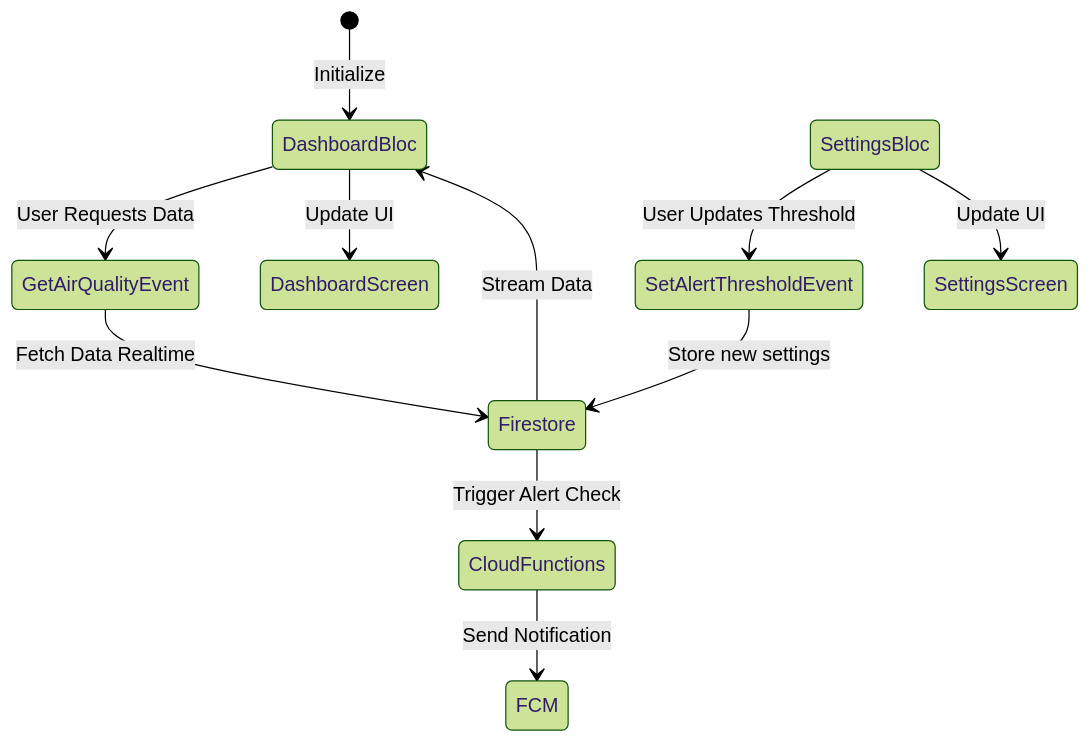
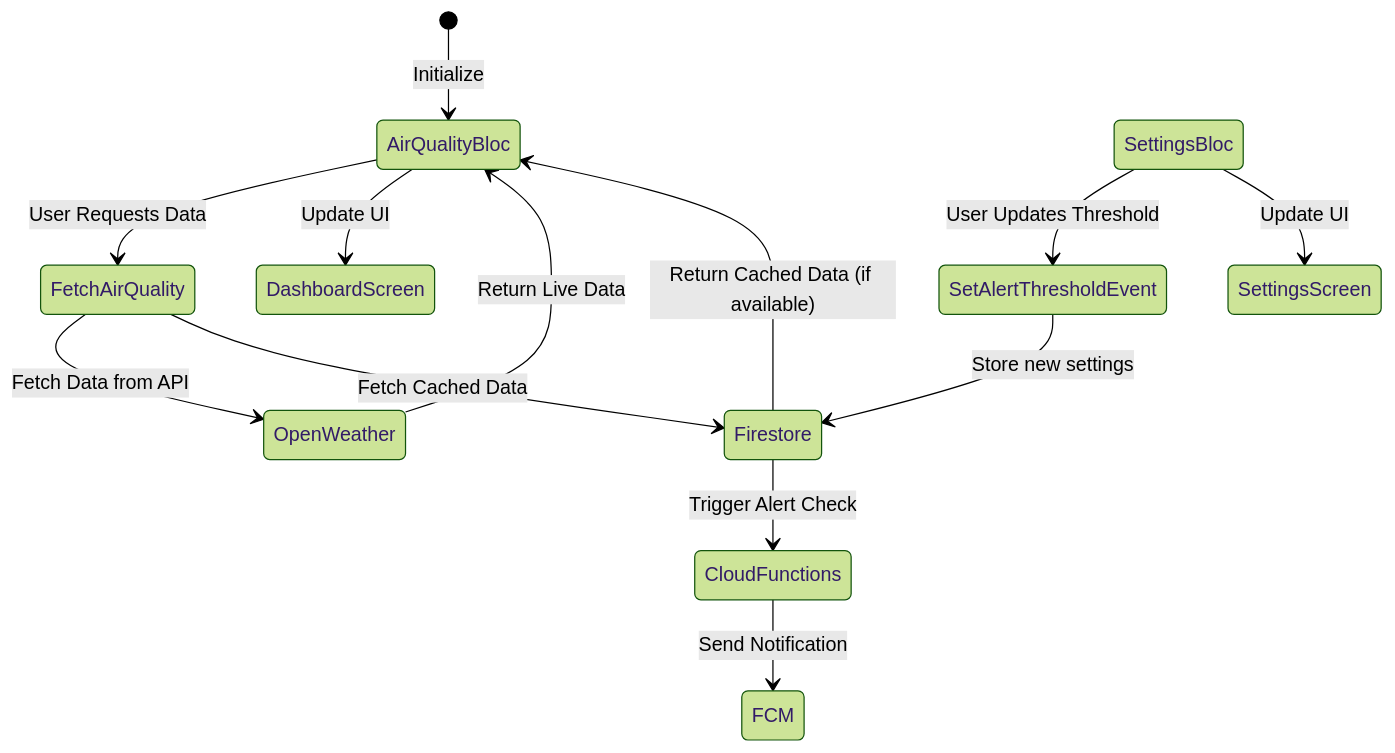
One commit to taitran501/air_track changed the second of 2 diagrams in README.md. Above: the diagram before and after it, drawn with Mermaid (forest theme). The commit also changed other lines of this file, not shown here.

````diff
--- a/README.md
+++ b/README.md
@@ -33,14 +40,16 @@
 ```mermaid
 stateDiagram-v2
-    [*] --> DashboardBloc : Initialize
-    DashboardBloc --> GetAirQualityEvent : User Requests Data
-    GetAirQualityEvent --> Firestore : Fetch Data Realtime
-    Firestore --> DashboardBloc : Stream Data
-    DashboardBloc --> DashboardScreen : Update UI
+    [*] --> AirQualityBloc : Initialize
+    AirQualityBloc --> FetchAirQuality : User Requests Data
+    FetchAirQuality --> OpenWeather : Fetch Data from API
+    FetchAirQuality --> Firestore : Fetch Cached Data
+    OpenWeather --> AirQualityBloc : Return Live Data
+    Firestore --> AirQualityBloc : Return Cached Data (if available)
+    AirQualityBloc --> DashboardScreen : Update UI
 
     SettingsBloc --> SetAlertThresholdEvent : User Updates Threshold
     SetAlertThresholdEvent --> Firestore : Store new settings
     Firestore --> CloudFunctions : Trigger Alert Check
     CloudFunctions --> FCM : Send Notification
     SettingsBloc --> SettingsScreen : Update UI
 ```
````
